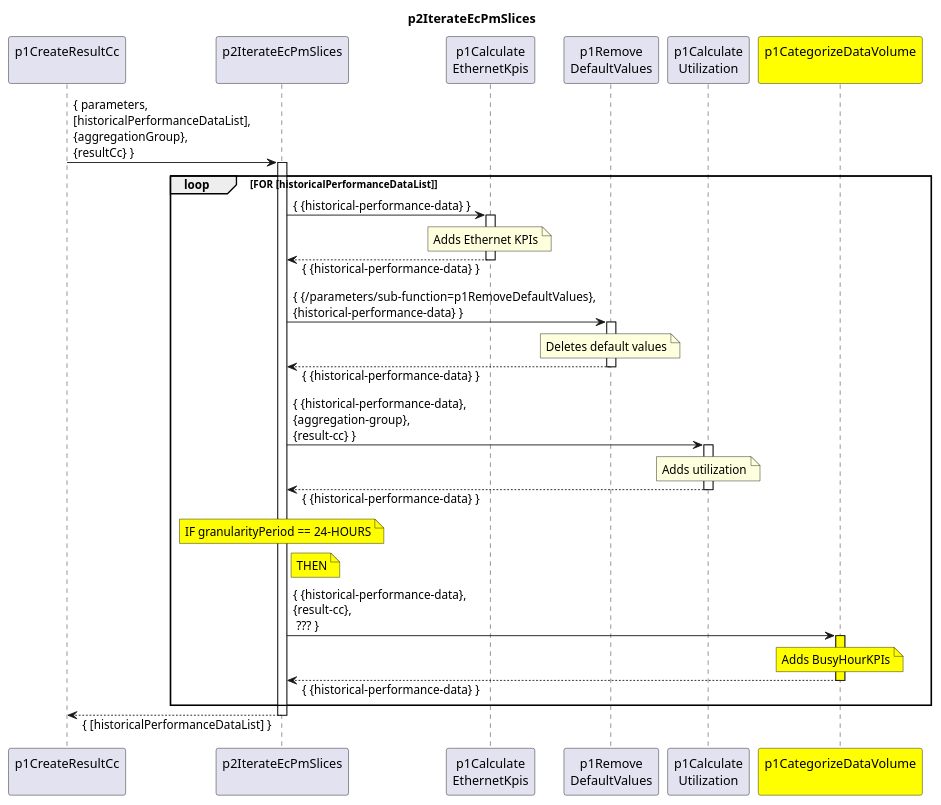
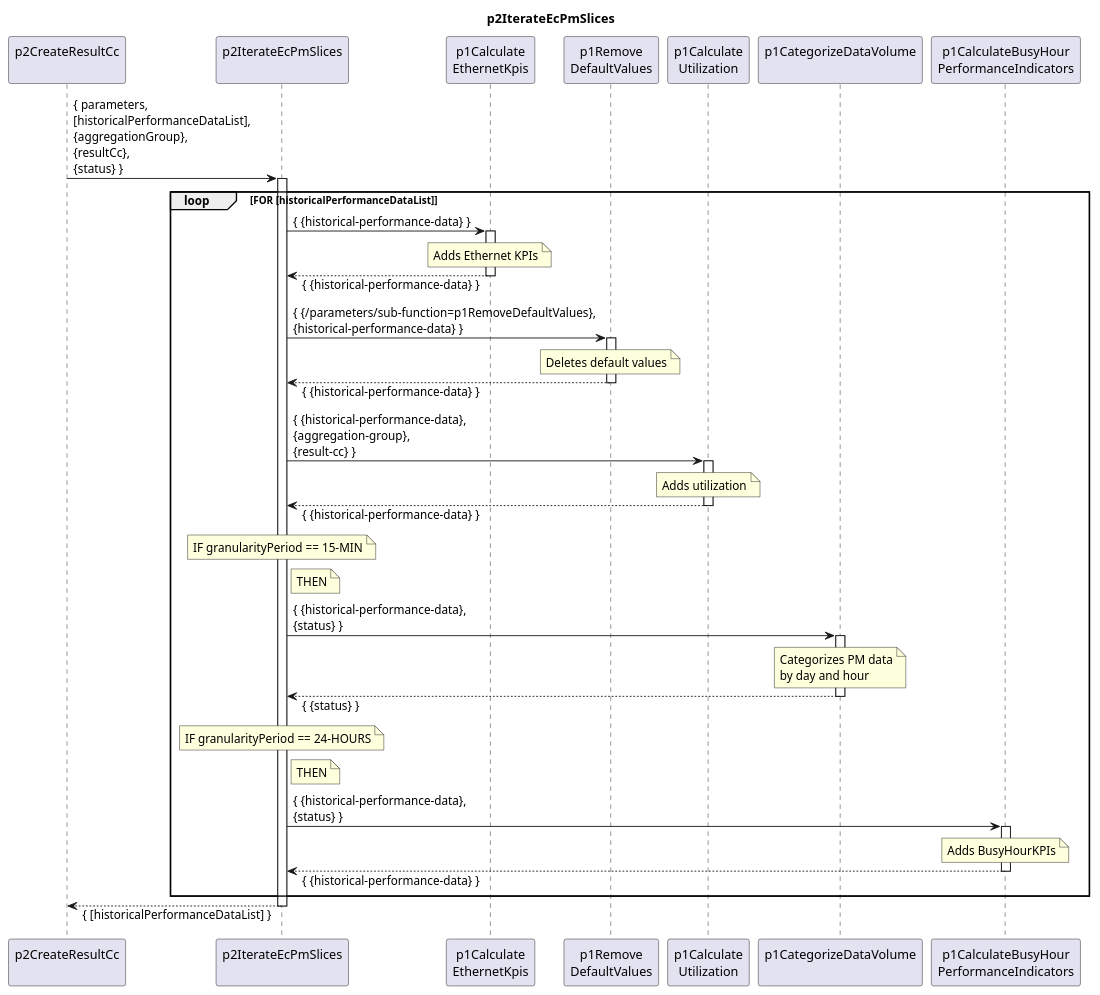
One commit to openBackhaul/DevicePerformanceManagementDataProcessor changed the diagram in spec/Functions/p1StreamPmData/p2ProcessDevice/p2CreateResultCc/p2IterateEcPmSlices/1.0.0/p2IterateEcPmSlices.plantuml. Above: the diagram before and after it, drawn with PlantUML. The commit also changed 13 other files, not shown here.

```diff
--- a/spec/Functions/p1StreamPmData/p2ProcessDevice/p2CreateResultCc/p2IterateEcPmSlices/1.0.0/p2IterateEcPmSlices.plantuml
+++ b/spec/Functions/p1StreamPmData/p2ProcessDevice/p2CreateResultCc/p2IterateEcPmSlices/1.0.0/p2IterateEcPmSlices.plantuml
@@ -1,69 +1,86 @@
 @startuml p2IterateEcPmSlices
 skinparam responseMessageBelowArrow true
 
 title
   p2IterateEcPmSlices
 end title
 
-participant "p1CreateResultCc\n" as cur
+participant "p2CreateResultCc\n" as cur
 
 participant "p2IterateEcPmSlices\n" as iterateSlices
 participant "p1Calculate\nEthernetKpis" as intCC
 participant "p1Remove\nDefaultValues" as p1RemDefault
 participant "p1Calculate\nUtilization" as p1CalcUtil
-participant "p1CategorizeDataVolume\n" as p1CalcBh #Yellow
+participant "p1CategorizeDataVolume\n" as p1CatDataVo
+participant "p1CalculateBusyHour\nPerformanceIndicators" as p1CalcBH
 
-
-cur -> iterateSlices : { parameters,\n[historicalPerformanceDataList],\n{aggregationGroup},\n{resultCc} }
+cur -> iterateSlices : { parameters,\n[historicalPerformanceDataList],\n{aggregationGroup},\n{resultCc},\n{status} }
 activate iterateSlices
 
   loop FOR [historicalPerformanceDataList]
 
     iterateSlices -> intCC : { {historical-performance-data} }
     activate intCC
       note over intCC
         Adds Ethernet KPIs
       end note
     iterateSlices <-- intCC: { {historical-performance-data} }
     deactivate intCC
 
     iterateSlices -> p1RemDefault : { {/parameters/sub-function=p1RemoveDefaultValues},\n{historical-performance-data} }
     activate p1RemDefault
       note over p1RemDefault
         Deletes default values
       end note
     iterateSlices <-- p1RemDefault: { {historical-performance-data} }
     deactivate p1RemDefault
 
     iterateSlices -> p1CalcUtil : { {historical-performance-data},\n{aggregation-group},\n{result-cc} }
     activate p1CalcUtil
       note over p1CalcUtil
         Adds utilization
       end note
     iterateSlices <-- p1CalcUtil: { {historical-performance-data} }
     deactivate p1CalcUtil
 
-    note over iterateSlices #Yellow
+    note over iterateSlices
+      IF granularityPeriod == 15-MIN
+    end note
+
+    note right iterateSlices
+      THEN
+    end note
+
+    iterateSlices -> p1CatDataVo : { {historical-performance-data},\n{status} }
+    activate p1CatDataVo
+      note over p1CatDataVo
+        Categorizes PM data
+        by day and hour
+      end note
+    iterateSlices <-- p1CatDataVo: { {status} }
+    deactivate p1CatDataVo
+
+    note over iterateSlices
       IF granularityPeriod == 24-HOURS
     end note
 
-    note right iterateSlices #Yellow
+    note right iterateSlices
       THEN
     end note
 
-    iterateSlices -> p1CalcBh : { {historical-performance-data},\n{result-cc},\n ??? }
-    activate p1CalcBh #Yellow
-      note over p1CalcBh #Yellow
+    iterateSlices -> p1CalcBH : { {historical-performance-data},\n{status} }
+    activate p1CalcBH
+      note over p1CalcBH
         Adds BusyHourKPIs
       end note
-    iterateSlices <-- p1CalcBh: { {historical-performance-data} }
-    deactivate p1CalcBh
+    iterateSlices <-- p1CalcBH: { {historical-performance-data} }
+    deactivate p1CalcBH
 
   end loop
 
 cur <-- iterateSlices : { [historicalPerformanceDataList] }
 deactivate iterateSlices
 
 deactivate cur
 
 @enduml
```
